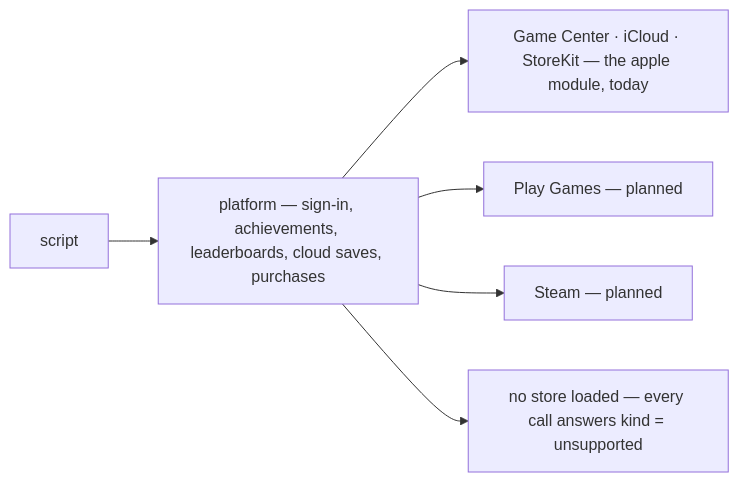
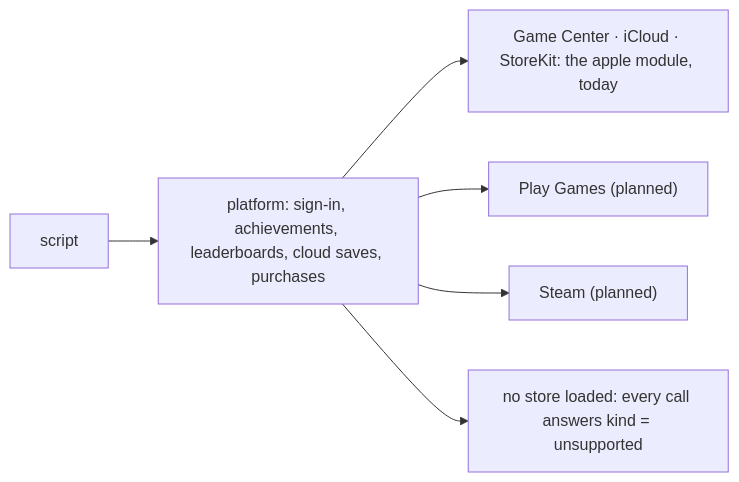
One commit to balaurengine/balaur-website changed the diagram in docs/manual/stores.mdx. Above: the diagram before and after it, drawn with Mermaid. The commit also changed other lines of this file and 66 other files, not shown here.

````diff
--- a/docs/manual/stores.mdx
+++ b/docs/manual/stores.mdx
@@ -19,8 +19,8 @@
 ```mermaid
 flowchart LR
-  S["script"] --> P["platform — sign-in, achievements, leaderboards, cloud saves, purchases"]
-  P --> A["Game Center · iCloud · StoreKit — the apple module, today"]
-  P --> G["Play Games — planned"]
-  P --> ST["Steam — planned"]
-  P --> N["no store loaded — every call answers kind = unsupported"]
+  S["script"] --> P["platform: sign-in, achievements, leaderboards, cloud saves, purchases"]
+  P --> A["Game Center · iCloud · StoreKit: the apple module, today"]
+  P --> G["Play Games (planned)"]
+  P --> ST["Steam (planned)"]
+  P --> N["no store loaded: every call answers kind = unsupported"]
 ```
````
